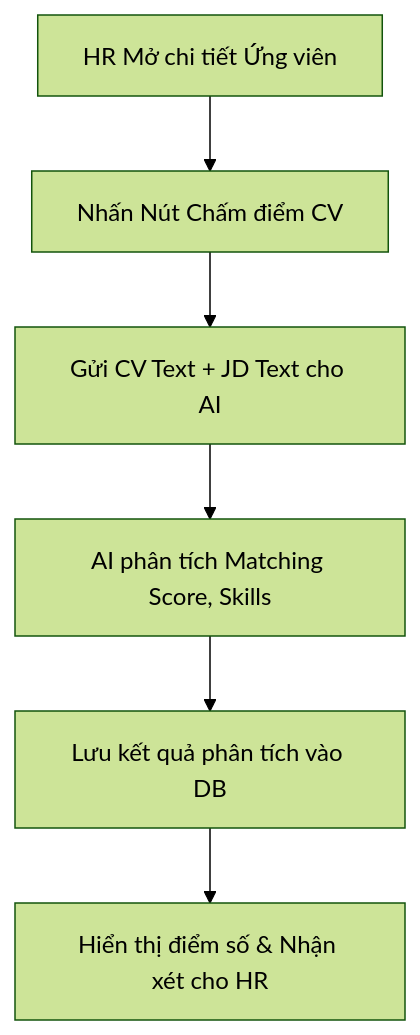
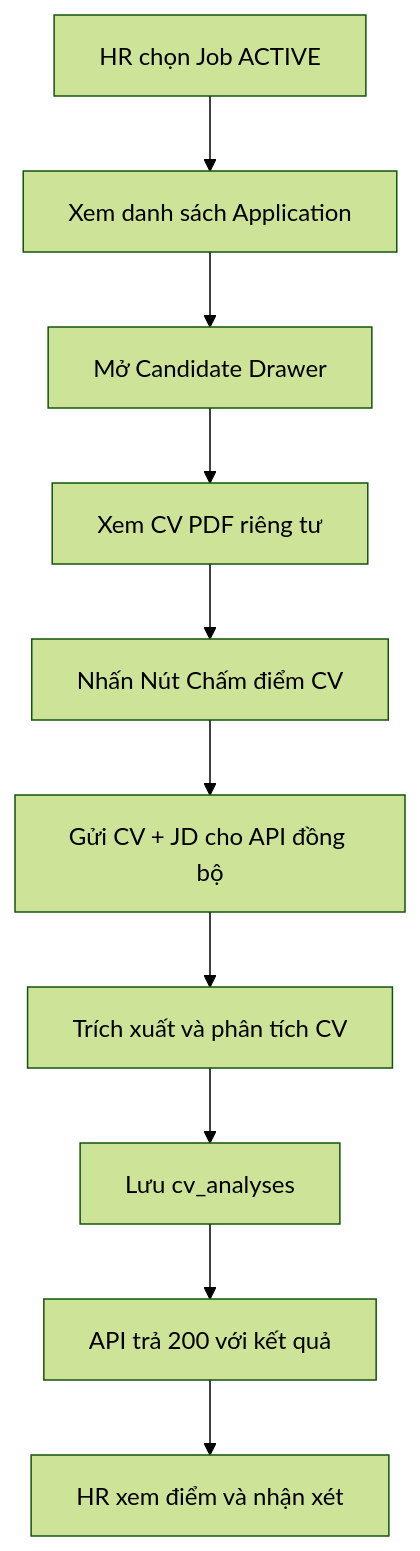
Before and after one commit to VanHaPtit/EasyTech_FE: the diagram in nghiep_vu/epic-08_AI_Features/user-story-34_CV_Scoring/user-story.md, drawn with Mermaid (forest theme). The commit also changed other lines of this file and 10 other files, not shown here.

Commit message:
docs(ai): đồng bộ chấm điểm, matching và US-35

````diff
--- a/nghiep_vu/epic-08_AI_Features/user-story-34_CV_Scoring/user-story.md
+++ b/nghiep_vu/epic-08_AI_Features/user-story-34_CV_Scoring/user-story.md
@@ -11,8 +11,12 @@
 ```mermaid
 graph TD
-    A[HR Mở chi tiết Ứng viên] --> B[Nhấn Nút Chấm điểm CV]
-    B --> C[Gửi CV Text + JD Text cho AI]
-    C --> D[AI phân tích Matching Score, Skills]
-    D --> E[Lưu kết quả phân tích vào DB]
-    E --> F[Hiển thị điểm số & Nhận xét cho HR]
+    A[HR chọn Job ACTIVE] --> B[Xem danh sách Application]
+    B --> C[Mở Candidate Drawer]
+    C --> D[Xem CV PDF riêng tư]
+    D --> E[Nhấn Nút Chấm điểm CV]
+    E --> F[Gửi CV + JD cho API đồng bộ]
+    F --> G[Trích xuất và phân tích CV]
+    G --> H[Lưu cv_analyses]
+    H --> I[API trả 200 với kết quả]
+    I --> J[HR xem điểm và nhận xét]
 ```
````
